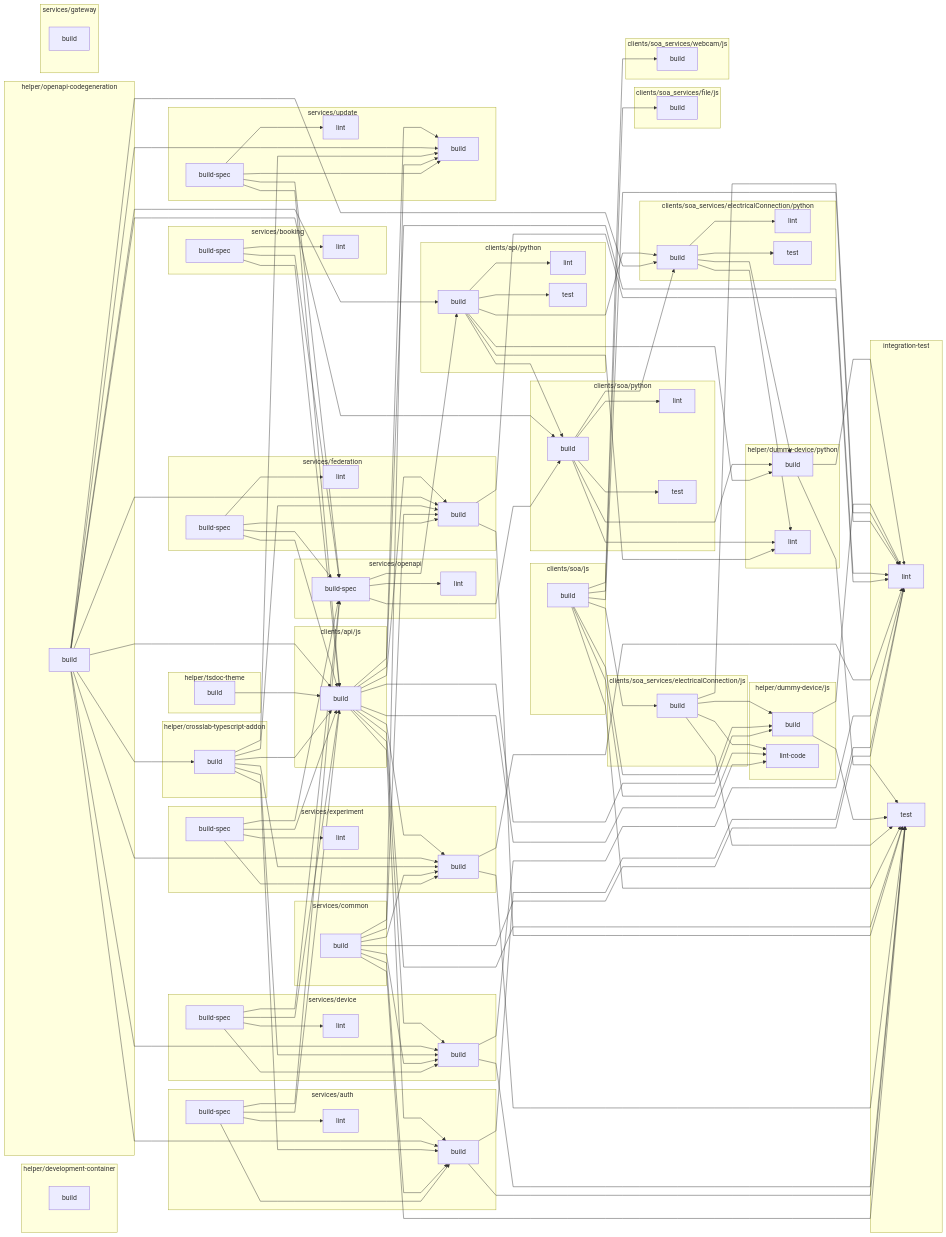
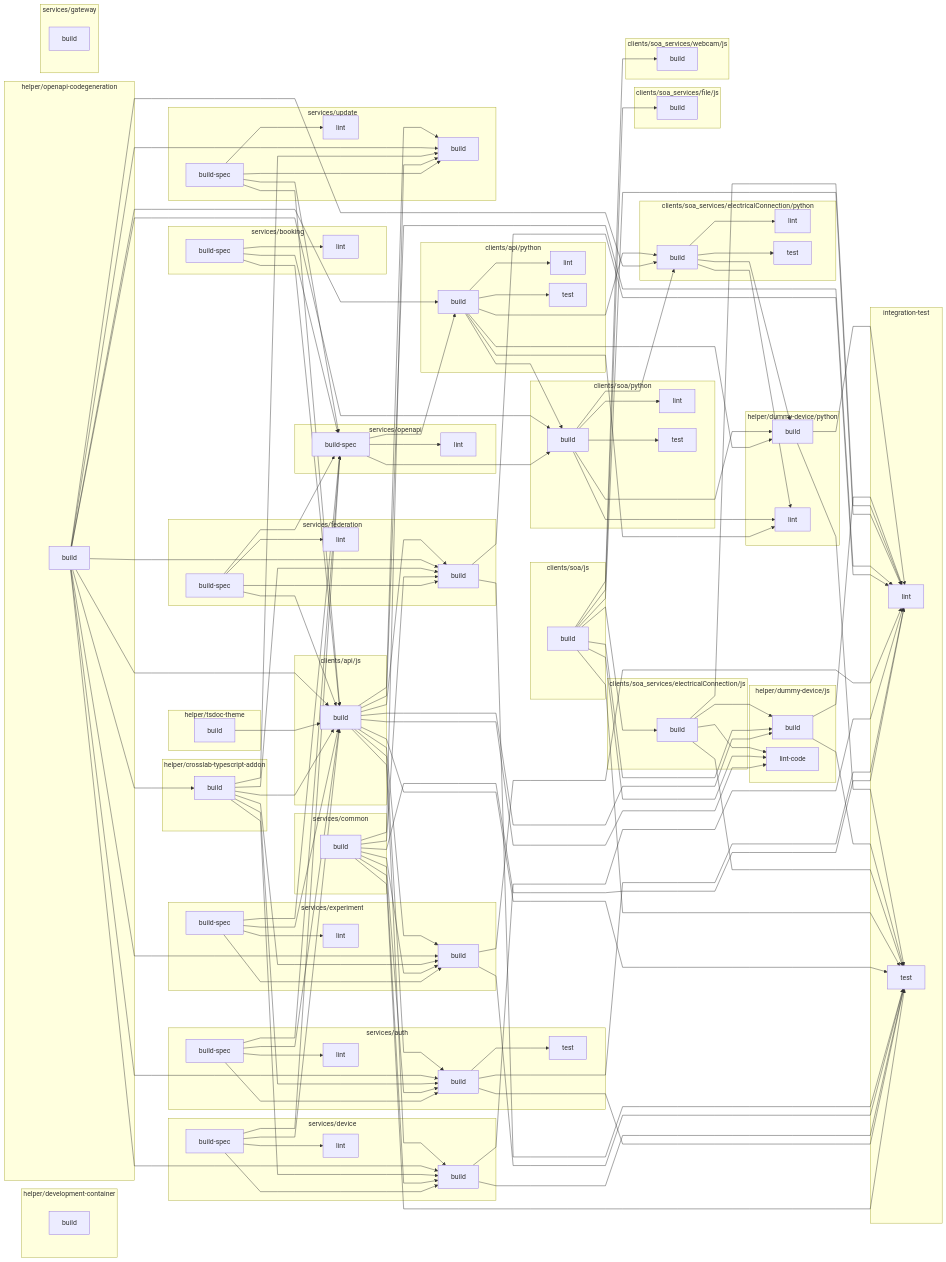
The diagram in README.md (Cross-Lab-Project/crosslab), drawn with Mermaid before and after one commit. The commit also changed other lines of this file and 7 other files, not shown here.

```diff
--- a/README.md
+++ b/README.md
@@ -104,6 +104,7 @@
     services/auth:build[build]
     services/auth:build-spec[build-spec]
     services/auth:lint[lint]
+    services/auth:test[test]
   end
   subgraph services/booking
     services/booking:build-spec[build-spec]
@@ -204,6 +205,7 @@
   helper/openapi-codegeneration:build[build] --> services/auth:build[build]
   clients/api/js:build[build] --> services/auth:build[build]
   services/auth:build-spec[build-spec] --> services/auth:lint[lint]
+  services/auth:build[build] --> services/auth:test[test]
   services/booking:build-spec[build-spec] --> services/booking:lint[lint]
   services/device:build-spec[build-spec] --> services/device:build[build]
   services/common:build[build] --> services/device:build[build]
```
